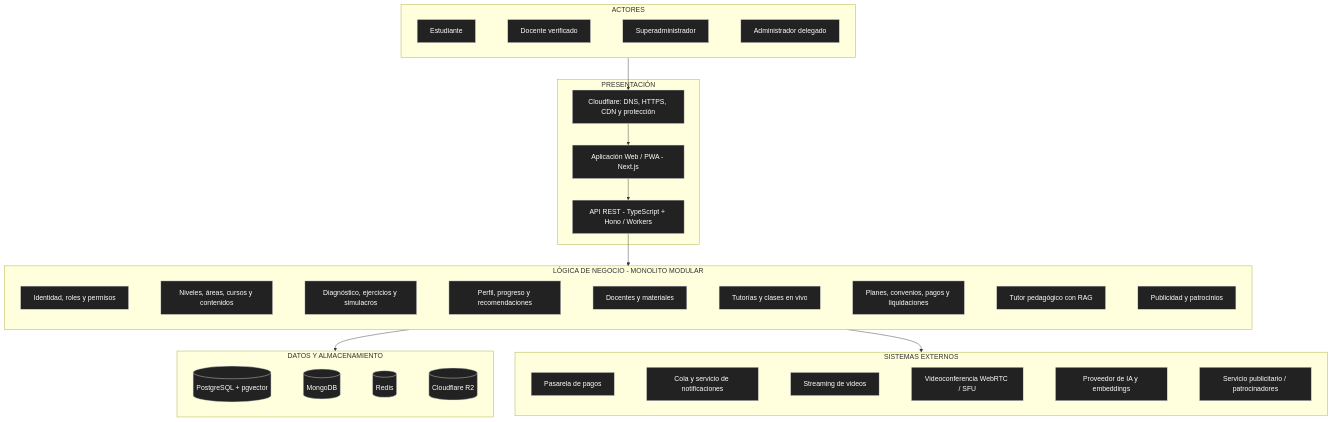
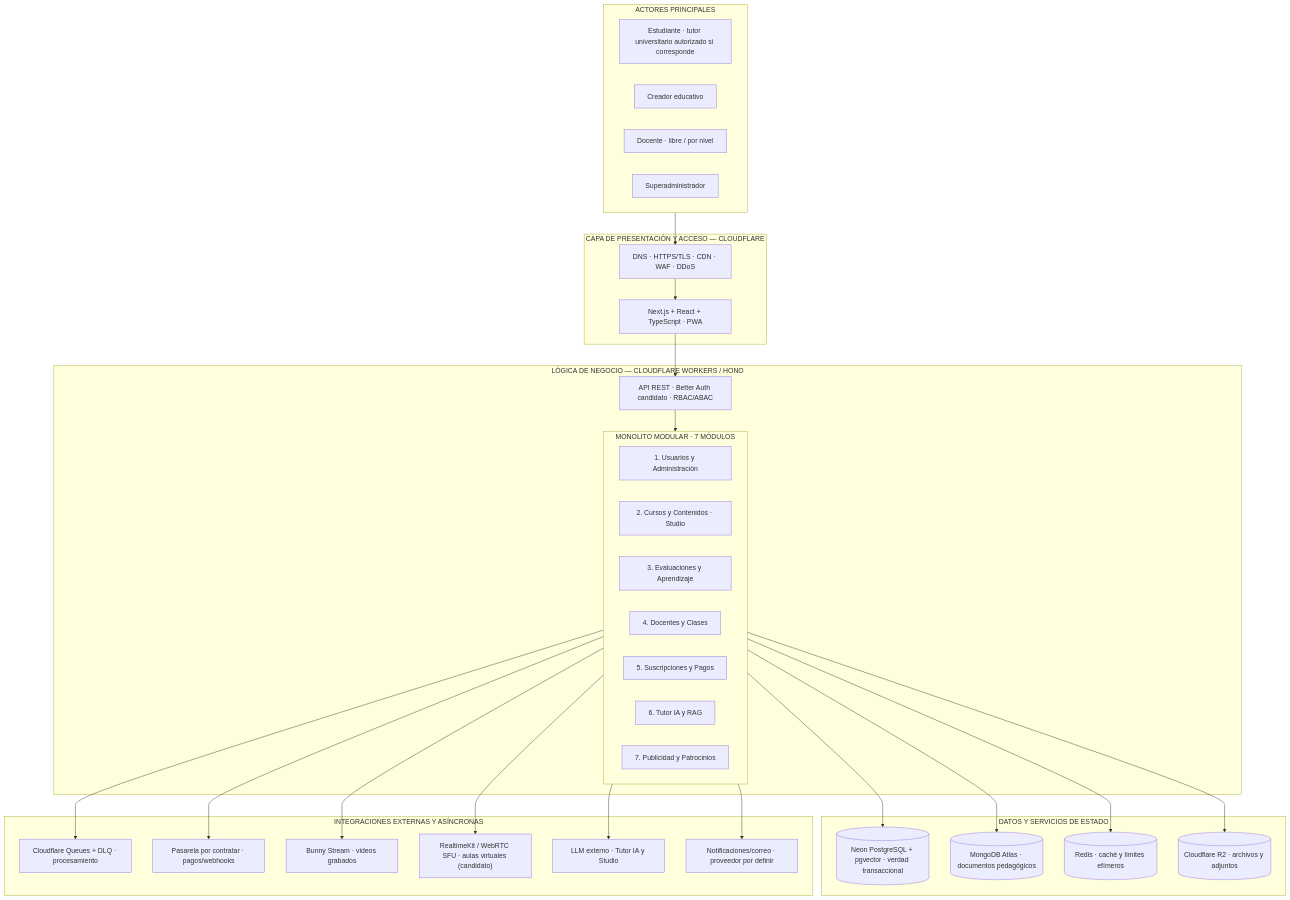
Before and after one commit to 100robert/Mentelyx: the diagram in docs/02-arquitectura-software/arquitectura-inicial.md, drawn with Mermaid. The commit also changed other lines of this file and 9 other files, not shown here.

Commit message:
docs: completado la arquitectrua de software con los 3 archivos; arquitectura inicial, componentes, enfoque y estilo arquitectonico

````diff
--- a/docs/02-arquitectura-software/arquitectura-inicial.md
+++ b/docs/02-arquitectura-software/arquitectura-inicial.md
@@ -3,82 +13,56 @@
 ```mermaid
+flowchart TB
+  subgraph USUARIOS["ACTORES PRINCIPALES"]
+    EST["Estudiante · tutor universitario autorizado si corresponde"]
+    CREA["Creador educativo"]
+    DOC["Docente · libre / por nivel"]
+    ADMIN["Superadministrador"]
+  end
 
-flowchart TD
-    subgraph ACTORES["ACTORES"]
-        Estudiante["Estudiante"]
-        Docente["Docente verificado"]
-        Superadmin["Superadministrador"]
-        Delegado["Administrador delegado"]
+  subgraph EDGE["CAPA DE PRESENTACIÓN Y ACCESO — CLOUDFLARE"]
+    CF["DNS · HTTPS/TLS · CDN · WAF · DDoS"]
+    WEB["Next.js + React + TypeScript · PWA"]
+  end
+
+  subgraph BACK["LÓGICA DE NEGOCIO — CLOUDFLARE WORKERS / HONO"]
+    API["API REST · Better Auth candidato · RBAC/ABAC"]
+    subgraph MOD["MONOLITO MODULAR · 7 MÓDULOS"]
+      M1["1. Usuarios y Administración"]
+      M2["2. Cursos y Contenidos · Studio"]
+      M3["3. Evaluaciones y Aprendizaje"]
+      M4["4. Docentes y Clases"]
+      M5["5. Suscripciones y Pagos"]
+      M6["6. Tutor IA y RAG"]
+      M7["7. Publicidad y Patrocinios"]
     end
+  end
 
-    subgraph PRESENTACION["PRESENTACIÓN"]
-        Edge["Cloudflare: DNS, HTTPS, CDN y protección"]
-        Web["Aplicación Web / PWA - Next.js"]
-        API["API REST - TypeScript + Hono / Workers"]
-    end
+  subgraph DATA["DATOS Y SERVICIOS DE ESTADO"]
+    PG[("Neon PostgreSQL + pgvector · verdad transaccional")]
+    MDB[("MongoDB Atlas · documentos pedagógicos")]
+    RED[("Redis · caché y límites efímeros")]
+    R2[("Cloudflare R2 · archivos y adjuntos")]
+  end
 
-    subgraph NEGOCIO["LÓGICA DE NEGOCIO - MONOLITO MODULAR"]
-        Identidad["Identidad, roles y permisos"]
-        Academico["Niveles, áreas, cursos y contenidos"]
-        Evaluacion["Diagnóstico, ejercicios y simulacros"]
-        Aprendizaje["Perfil, progreso y recomendaciones"]
-        GestionDocente["Docentes y materiales"]
-        Tutorias["Tutorías y clases en vivo"]
-        Comercial["Planes, convenios, pagos y liquidaciones"]
-        TutorIA["Tutor pedagógico con RAG"]
-        Publicidad["Publicidad y patrocinios"]
-    end
+  subgraph EXT["INTEGRACIONES EXTERNAS Y ASÍNCRONAS"]
+    QUEUE["Cloudflare Queues + DLQ · procesamiento"]
+    PAY["Pasarela por contratar · pagos/webhooks"]
+    MEDIA["Bunny Stream · videos grabados"]
+    LIVE["RealtimeKit / WebRTC SFU · aulas virtuales (candidato)"]
+    AI["LLM externo · Tutor IA y Studio"]
+    MAIL["Notificaciones/correo · proveedor por definir"]
+  end
 
-    subgraph DATOS["DATOS Y ALMACENAMIENTO"]
-        SQL[("PostgreSQL + pgvector")]
-        NoSQL[("MongoDB")]
-        Cache[("Redis")]
-        Archivos[("Cloudflare R2")]
-    end
-
-    subgraph EXTERNOS["SISTEMAS EXTERNOS"]
-        Pagos["Pasarela de pagos"]
-        Notificaciones["Cola y servicio de notificaciones"]
-        Video["Streaming de videos"]
-        WebRTC["Videoconferencia WebRTC / SFU"]
-        IA["Proveedor de IA y embeddings"]
-        Anuncios["Servicio publicitario / patrocinadores"]
-    end
-
-    ACTORES --> Edge
-    Edge --> Web
-    Web --> API
-    API --> NEGOCIO
-    NEGOCIO --> DATOS
-    NEGOCIO --> EXTERNOS
-
-    Estudiante ~~~ Docente
-    Docente ~~~ Superadmin
-    Superadmin ~~~ Delegado
-
-    Identidad ~~~ Academico
-    Academico ~~~ Evaluacion
-    Evaluacion ~~~ Aprendizaje
-    Aprendizaje ~~~ GestionDocente
-    GestionDocente ~~~ Tutorias
-    Tutorias ~~~ Comercial
-    Comercial ~~~ TutorIA
-    TutorIA ~~~ Publicidad
-
-    SQL ~~~ NoSQL
-    NoSQL ~~~ Cache
-    Cache ~~~ Archivos
-
-    Pagos ~~~ Notificaciones
-    Notificaciones ~~~ Video
-    Video ~~~ WebRTC
-    WebRTC ~~~ IA
-    IA ~~~ Anuncios
-
-    classDef oscuro fill:#222,stroke:#ddd,color:#fff
-    class Estudiante,Docente,Superadmin,Delegado oscuro
-    class Edge,Web,API oscuro
-    class Identidad,Academico,Evaluacion,Aprendizaje,GestionDocente,Tutorias,Comercial,TutorIA,Publicidad oscuro
-    class SQL,NoSQL,Cache,Archivos oscuro
-    class Pagos,Notificaciones,Video,WebRTC,IA,Anuncios oscuro
-
+  USUARIOS --> CF --> WEB --> API
+  API --> MOD
+  MOD --> PG
+  MOD --> MDB
+  MOD --> RED
+  MOD --> R2
+  MOD --> QUEUE
+  MOD --> PAY
+  MOD --> MEDIA
+  MOD --> LIVE
+  MOD --> AI
+  MOD --> MAIL
 ```
````
